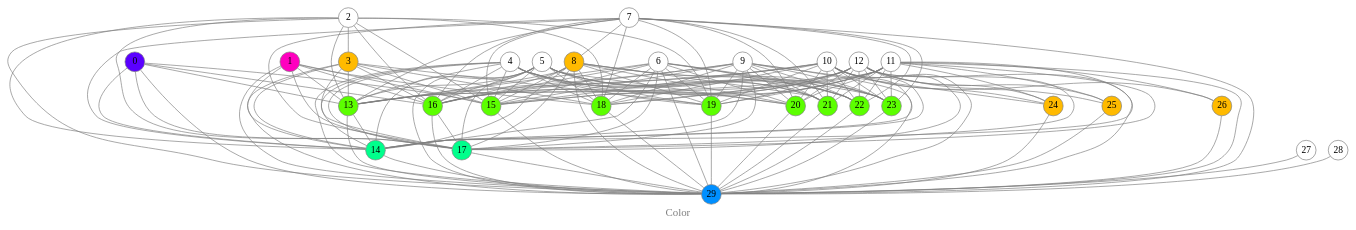
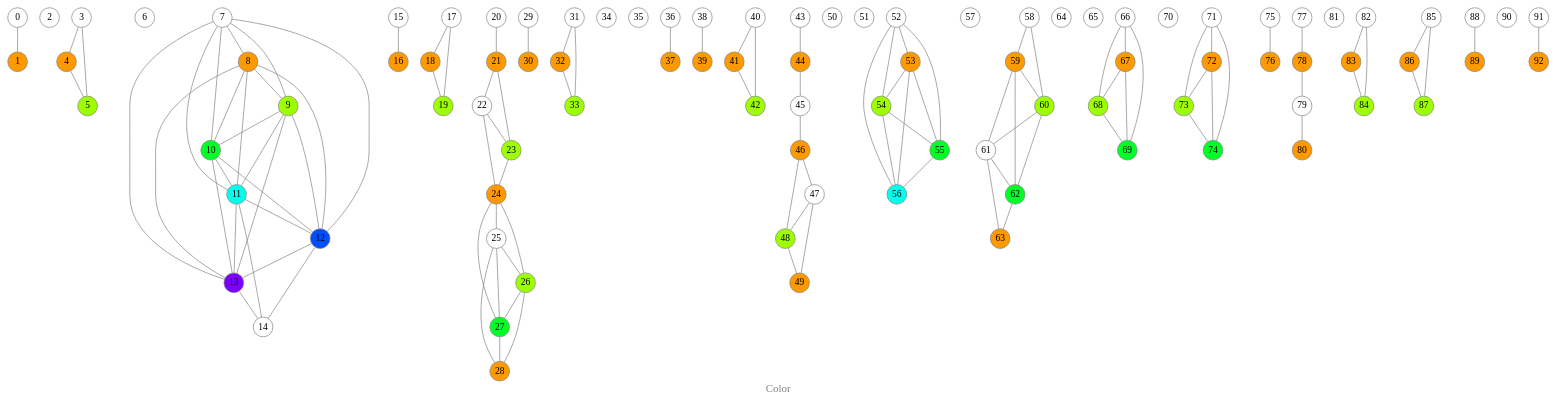
The diagram in output/Color.gv (AM-2R/PFE), drawn with Graphviz before and after one commit. The commit also changed 12 other files, not shown here.

```diff
--- a/output/Color.gv
+++ b/output/Color.gv
@@ -2,230 +2,298 @@
 	graph [bgcolor="#ffffff00" fontcolor=grey fontsize=16 label=Color overlap=false]
 	node [color=grey fixedsize=true fontsize=14 shape=circle style=filled width=0.4]
 	edge [arrowsize=0.7 color=grey fontcolor=grey fontsize=12]
-	node [fillcolor="#5a00ff"]
+	node [fillcolor="#ffffff"]
 	0
-	node [fillcolor="#ff00bf"]
+	node [fillcolor="#ff9900"]
 	1
 	node [fillcolor="#ffffff"]
 	2
-	node [fillcolor="#ffba00"]
+	node [fillcolor="#ffffff"]
 	3
-	node [fillcolor="#ffffff"]
+	node [fillcolor="#ff9900"]
 	4
-	node [fillcolor="#ffffff"]
+	node [fillcolor="#9dff00"]
 	5
 	node [fillcolor="#ffffff"]
 	6
 	node [fillcolor="#ffffff"]
 	7
-	node [fillcolor="#ffba00"]
+	node [fillcolor="#ff9900"]
 	8
+	node [fillcolor="#9dff00"]
+	9
+	node [fillcolor="#00ff26"]
+	10
+	node [fillcolor="#00ffed"]
+	11
+	node [fillcolor="#004eff"]
+	12
+	node [fillcolor="#7b00ff"]
+	13
 	node [fillcolor="#ffffff"]
-	9
+	14
 	node [fillcolor="#ffffff"]
-	10
+	15
+	node [fillcolor="#ff9900"]
+	16
 	node [fillcolor="#ffffff"]
-	11
+	17
+	node [fillcolor="#ff9900"]
+	18
+	node [fillcolor="#9dff00"]
+	19
 	node [fillcolor="#ffffff"]
-	12
-	node [fillcolor="#5cff00"]
-	13
-	node [fillcolor="#00ff8c"]
-	14
-	node [fillcolor="#5cff00"]
-	15
-	node [fillcolor="#5cff00"]
-	16
-	node [fillcolor="#00ff8c"]
-	17
-	node [fillcolor="#5cff00"]
-	18
-	node [fillcolor="#5cff00"]
-	19
-	node [fillcolor="#5cff00"]
 	20
-	node [fillcolor="#5cff00"]
+	node [fillcolor="#ff9900"]
 	21
-	node [fillcolor="#5cff00"]
+	node [fillcolor="#ffffff"]
 	22
-	node [fillcolor="#5cff00"]
+	node [fillcolor="#9dff00"]
 	23
-	node [fillcolor="#ffba00"]
+	node [fillcolor="#ff9900"]
 	24
-	node [fillcolor="#ffba00"]
+	node [fillcolor="#ffffff"]
 	25
-	node [fillcolor="#ffba00"]
+	node [fillcolor="#9dff00"]
 	26
+	node [fillcolor="#00ff26"]
+	27
+	node [fillcolor="#ff9900"]
+	28
 	node [fillcolor="#ffffff"]
-	27
+	29
+	node [fillcolor="#ff9900"]
+	30
 	node [fillcolor="#ffffff"]
-	28
-	node [fillcolor="#008fff"]
-	29
-	0 -- 13
-	0 -- 14
-	0 -- 15
-	0 -- 16
-	0 -- 17
-	0 -- 29
-	1 -- 13
-	1 -- 14
-	1 -- 15
-	1 -- 16
-	1 -- 17
-	1 -- 18
-	1 -- 29
-	2 -- 3
-	2 -- 13
-	2 -- 14
-	2 -- 15
-	2 -- 16
-	2 -- 17
-	2 -- 18
-	2 -- 19
-	2 -- 29
-	3 -- 13
-	3 -- 14
-	3 -- 15
-	3 -- 16
-	3 -- 17
-	3 -- 18
-	3 -- 19
-	3 -- 29
-	4 -- 13
-	4 -- 14
-	4 -- 15
-	4 -- 16
-	4 -- 17
-	4 -- 18
-	4 -- 19
-	4 -- 20
-	4 -- 21
-	4 -- 22
-	4 -- 23
-	4 -- 29
-	5 -- 13
-	5 -- 14
-	5 -- 15
-	5 -- 16
-	5 -- 17
-	5 -- 18
-	5 -- 19
-	5 -- 20
-	5 -- 21
-	5 -- 22
-	5 -- 23
-	5 -- 29
-	6 -- 13
-	6 -- 14
-	6 -- 15
-	6 -- 16
-	6 -- 17
-	6 -- 18
-	6 -- 19
-	6 -- 20
-	6 -- 21
-	6 -- 22
-	6 -- 23
-	6 -- 29
+	31
+	node [fillcolor="#ff9900"]
+	32
+	node [fillcolor="#9dff00"]
+	33
+	node [fillcolor="#ffffff"]
+	34
+	node [fillcolor="#ffffff"]
+	35
+	node [fillcolor="#ffffff"]
+	36
+	node [fillcolor="#ff9900"]
+	37
+	node [fillcolor="#ffffff"]
+	38
+	node [fillcolor="#ff9900"]
+	39
+	node [fillcolor="#ffffff"]
+	40
+	node [fillcolor="#ff9900"]
+	41
+	node [fillcolor="#9dff00"]
+	42
+	node [fillcolor="#ffffff"]
+	43
+	node [fillcolor="#ff9900"]
+	44
+	node [fillcolor="#ffffff"]
+	45
+	node [fillcolor="#ff9900"]
+	46
+	node [fillcolor="#ffffff"]
+	47
+	node [fillcolor="#9dff00"]
+	48
+	node [fillcolor="#ff9900"]
+	49
+	node [fillcolor="#ffffff"]
+	50
+	node [fillcolor="#ffffff"]
+	51
+	node [fillcolor="#ffffff"]
+	52
+	node [fillcolor="#ff9900"]
+	53
+	node [fillcolor="#9dff00"]
+	54
+	node [fillcolor="#00ff26"]
+	55
+	node [fillcolor="#00ffed"]
+	56
+	node [fillcolor="#ffffff"]
+	57
+	node [fillcolor="#ffffff"]
+	58
+	node [fillcolor="#ff9900"]
+	59
+	node [fillcolor="#9dff00"]
+	60
+	node [fillcolor="#ffffff"]
+	61
+	node [fillcolor="#00ff26"]
+	62
+	node [fillcolor="#ff9900"]
+	63
+	node [fillcolor="#ffffff"]
+	64
+	node [fillcolor="#ffffff"]
+	65
+	node [fillcolor="#ffffff"]
+	66
+	node [fillcolor="#ff9900"]
+	67
+	node [fillcolor="#9dff00"]
+	68
+	node [fillcolor="#00ff26"]
+	69
+	node [fillcolor="#ffffff"]
+	70
+	node [fillcolor="#ffffff"]
+	71
+	node [fillcolor="#ff9900"]
+	72
+	node [fillcolor="#9dff00"]
+	73
+	node [fillcolor="#00ff26"]
+	74
+	node [fillcolor="#ffffff"]
+	75
+	node [fillcolor="#ff9900"]
+	76
+	node [fillcolor="#ffffff"]
+	77
+	node [fillcolor="#ff9900"]
+	78
+	node [fillcolor="#ffffff"]
+	79
+	node [fillcolor="#ff9900"]
+	80
+	node [fillcolor="#ffffff"]
+	81
+	node [fillcolor="#ffffff"]
+	82
+	node [fillcolor="#ff9900"]
+	83
+	node [fillcolor="#9dff00"]
+	84
+	node [fillcolor="#ffffff"]
+	85
+	node [fillcolor="#ff9900"]
+	86
+	node [fillcolor="#9dff00"]
+	87
+	node [fillcolor="#ffffff"]
+	88
+	node [fillcolor="#ff9900"]
+	89
+	node [fillcolor="#ffffff"]
+	90
+	node [fillcolor="#ffffff"]
+	91
+	node [fillcolor="#ff9900"]
+	92
+	0 -- 1
+	3 -- 4
+	3 -- 5
+	4 -- 5
 	7 -- 8
+	7 -- 9
+	7 -- 10
+	7 -- 11
+	7 -- 12
 	7 -- 13
-	7 -- 14
-	7 -- 15
-	7 -- 16
-	7 -- 17
-	7 -- 18
-	7 -- 19
-	7 -- 20
-	7 -- 21
-	7 -- 22
-	7 -- 23
-	7 -- 29
+	8 -- 9
+	8 -- 10
+	8 -- 11
+	8 -- 12
 	8 -- 13
-	8 -- 14
-	8 -- 15
-	8 -- 16
-	8 -- 17
-	8 -- 18
-	8 -- 19
-	8 -- 20
-	8 -- 21
-	8 -- 22
-	8 -- 23
-	8 -- 29
+	9 -- 10
+	9 -- 11
+	9 -- 12
 	9 -- 13
-	9 -- 14
-	9 -- 15
-	9 -- 16
-	9 -- 17
-	9 -- 18
-	9 -- 19
-	9 -- 20
-	9 -- 21
-	9 -- 22
-	9 -- 23
-	9 -- 24
-	9 -- 29
+	10 -- 11
+	10 -- 12
 	10 -- 13
-	10 -- 14
-	10 -- 15
-	10 -- 16
-	10 -- 17
-	10 -- 18
-	10 -- 19
-	10 -- 20
-	10 -- 21
-	10 -- 22
-	10 -- 23
-	10 -- 24
-	10 -- 25
-	10 -- 29
+	11 -- 12
 	11 -- 13
 	11 -- 14
-	11 -- 15
-	11 -- 16
-	11 -- 17
-	11 -- 18
-	11 -- 19
-	11 -- 20
-	11 -- 21
-	11 -- 22
-	11 -- 23
-	11 -- 24
-	11 -- 25
-	11 -- 26
-	11 -- 29
 	12 -- 13
 	12 -- 14
-	12 -- 15
-	12 -- 16
-	12 -- 17
-	12 -- 18
-	12 -- 19
-	12 -- 20
-	12 -- 21
-	12 -- 22
-	12 -- 23
-	12 -- 24
-	12 -- 25
-	12 -- 26
-	12 -- 29
 	13 -- 14
-	13 -- 29
-	14 -- 29
-	15 -- 29
-	16 -- 17
-	16 -- 29
-	17 -- 29
-	18 -- 29
-	19 -- 29
-	20 -- 29
-	21 -- 29
-	22 -- 29
-	23 -- 29
-	24 -- 29
-	25 -- 29
-	26 -- 29
-	27 -- 29
-	28 -- 29
+	15 -- 16
+	17 -- 18
+	17 -- 19
+	18 -- 19
+	20 -- 21
+	21 -- 22
+	21 -- 23
+	22 -- 23
+	22 -- 24
+	23 -- 24
+	24 -- 25
+	24 -- 26
+	24 -- 27
+	25 -- 26
+	25 -- 27
+	25 -- 28
+	26 -- 27
+	26 -- 28
+	27 -- 28
+	29 -- 30
+	31 -- 32
+	31 -- 33
+	32 -- 33
+	36 -- 37
+	38 -- 39
+	40 -- 41
+	40 -- 42
+	41 -- 42
+	43 -- 44
+	44 -- 45
+	45 -- 46
+	46 -- 47
+	46 -- 48
+	47 -- 48
+	47 -- 49
+	48 -- 49
+	52 -- 53
+	52 -- 54
+	52 -- 55
+	52 -- 56
+	53 -- 54
+	53 -- 55
+	53 -- 56
+	54 -- 55
+	54 -- 56
+	55 -- 56
+	58 -- 59
+	58 -- 60
+	59 -- 60
+	59 -- 61
+	59 -- 62
+	60 -- 61
+	60 -- 62
+	61 -- 62
+	61 -- 63
+	62 -- 63
+	66 -- 67
+	66 -- 68
+	66 -- 69
+	67 -- 68
+	67 -- 69
+	68 -- 69
+	71 -- 72
+	71 -- 73
+	71 -- 74
+	72 -- 73
+	72 -- 74
+	73 -- 74
+	75 -- 76
+	77 -- 78
+	78 -- 79
+	79 -- 80
+	82 -- 83
+	82 -- 84
+	83 -- 84
+	85 -- 86
+	85 -- 87
+	86 -- 87
+	88 -- 89
+	91 -- 92
 }
```
